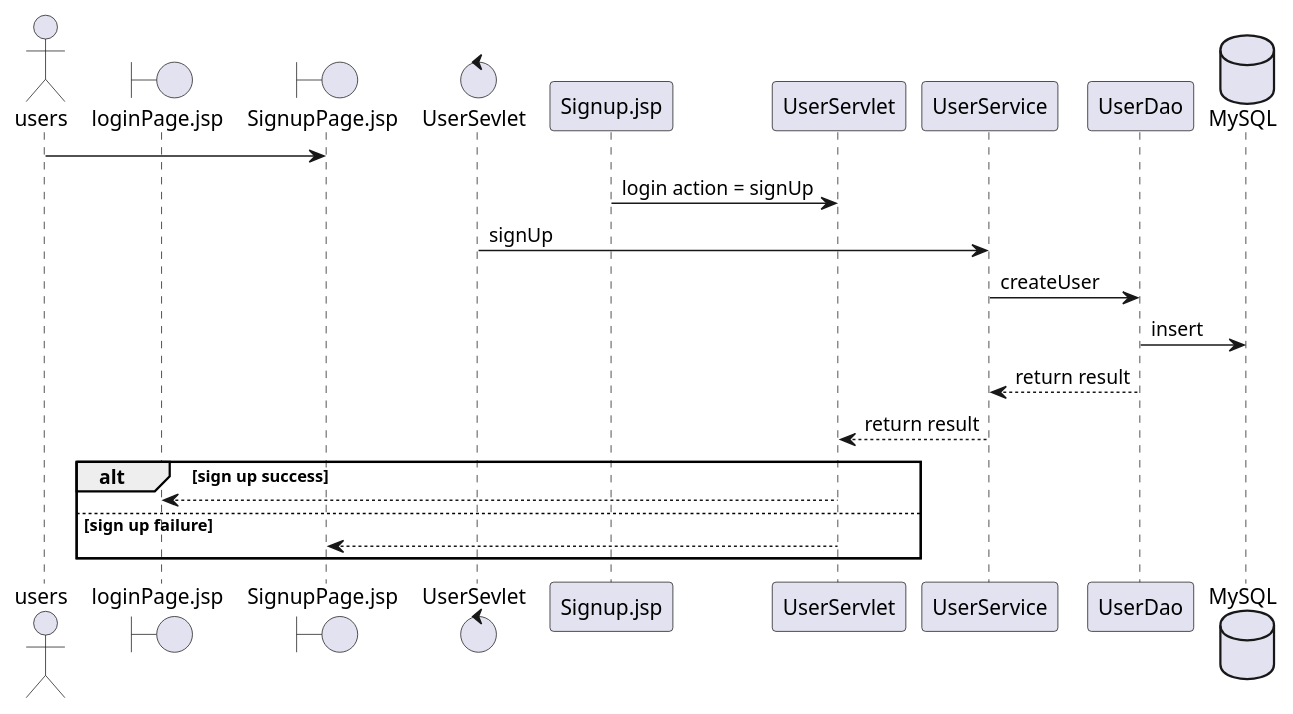
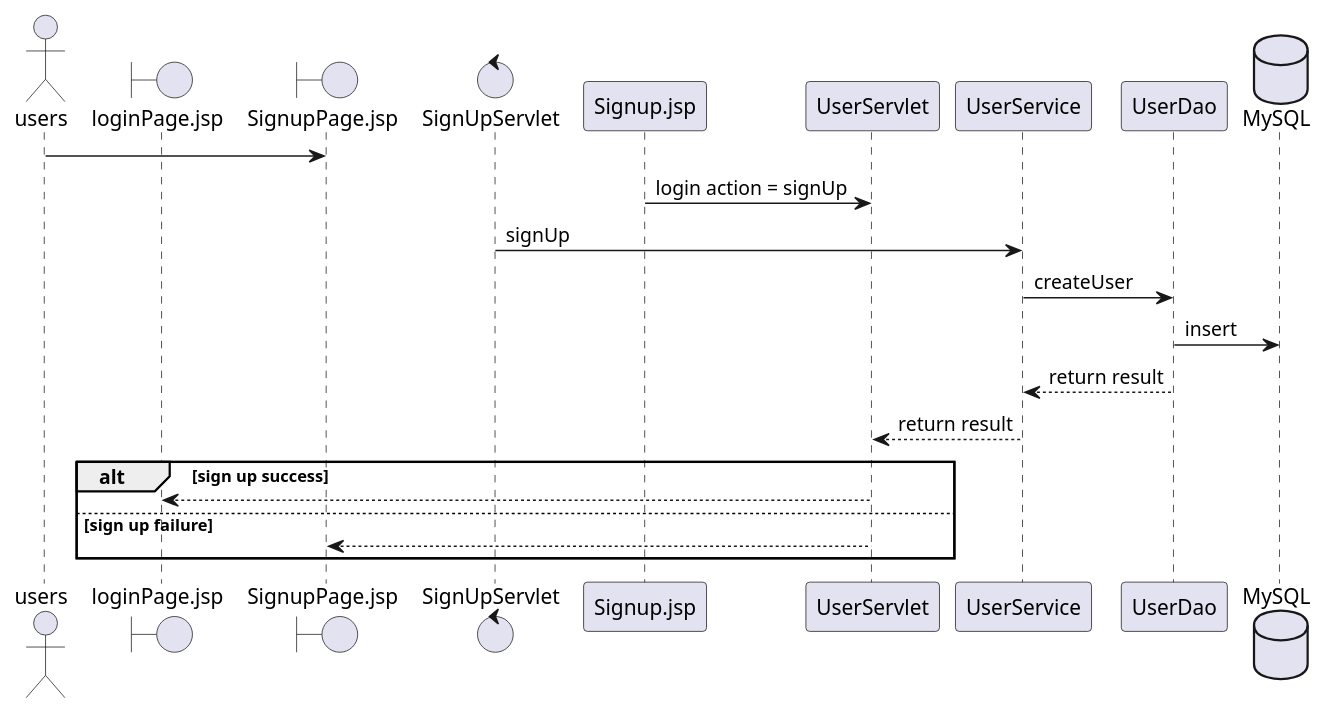
Before and after one commit to RyanRen2023/fwrp: the diagram in docs/diagrams/authentication/seq_sign_out.puml, drawn with PlantUML. The commit also changed 18 other files, not shown here.

```diff
--- a/docs/diagrams/authentication/seq_sign_out.puml
+++ b/docs/diagrams/authentication/seq_sign_out.puml
@@ -1,19 +1,19 @@
 @startuml
 actor users
 boundary loginPage.jsp
 boundary SignupPage.jsp
-control UserSevlet
+control SignUpServlet
 database MySQL order 1
 users -> SignupPage.jsp
 Signup.jsp -> UserServlet:login action = signUp
-UserSevlet -> UserService: signUp
+SignUpServlet -> UserService: signUp
 UserService -> UserDao:createUser
 UserDao -> MySQL: insert
 UserDao --> UserService: return result
 UserService --> UserServlet: return result
 alt sign up success
 UserServlet --> loginPage.jsp
 else  sign up failure
 UserServlet --> SignupPage.jsp
 end
 @enduml
```
